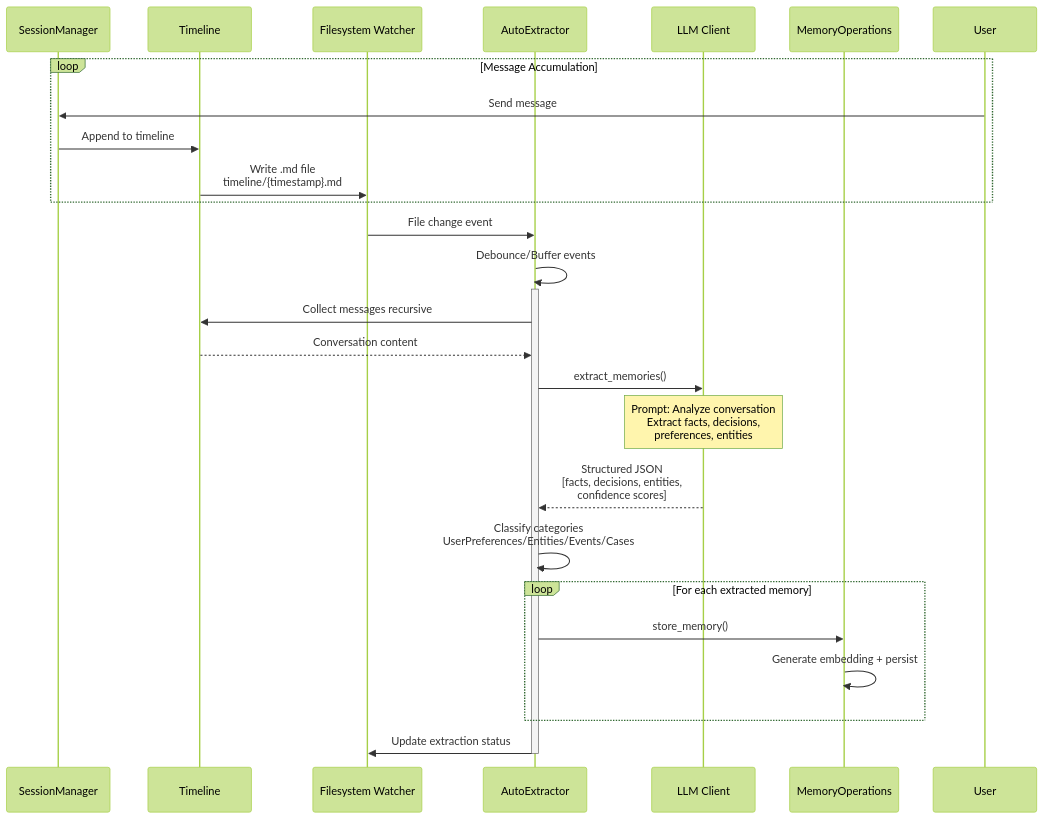
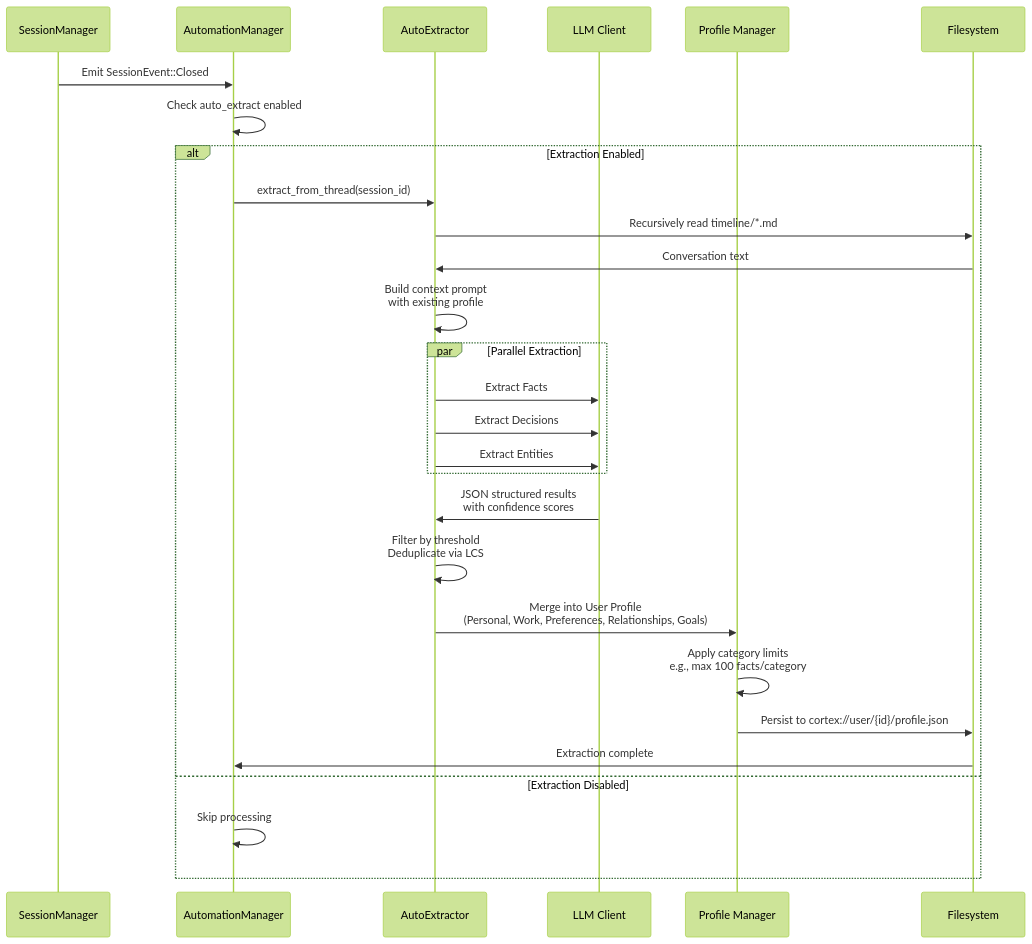
The fifth of 9 diagrams in litho.docs/en/3.Workflow.md (sopaco/cortex-mem), drawn with Mermaid (forest theme) before and after one commit. The commit also changed other lines of this file and 45 other files, not shown here.

````diff
--- a/litho.docs/en/3.Workflow.md
+++ b/litho.docs/en/3.Workflow.md
@@ -143,36 +262,39 @@
 ```mermaid
 sequenceDiagram
-    participant SM as SessionManager
-    participant TL as Timeline
-    participant FS as Filesystem Watcher
-    participant AE as AutoExtractor
+    participant Session as SessionManager
+    participant AutoMgr as AutomationManager
+    participant Extractor as AutoExtractor
     participant LLM as LLM Client
-    participant MO as MemoryOperations
+    participant Profile as Profile Manager
+    participant FS as Filesystem
     
-    loop Message Accumulation
-        User->>SM: Send message
-        SM->>TL: Append to timeline
-        TL->>FS: Write .md file<br/>timeline/{timestamp}.md
+    Session->>AutoMgr: Emit SessionEvent::Closed
+    AutoMgr->>AutoMgr: Check auto_extract enabled
+    
+    alt Extraction Enabled
+        AutoMgr->>Extractor: extract_from_thread(session_id)
+        Extractor->>FS: Recursively read timeline/*.md
+        FS->>Extractor: Conversation text
+        
+        Extractor->>Extractor: Build context prompt<br/>with existing profile
+        
+        par Parallel Extraction
+            Extractor->>LLM: Extract Facts
+            Extractor->>LLM: Extract Decisions
+            Extractor->>LLM: Extract Entities
+        end
+        
+        LLM->>Extractor: JSON structured results<br/>with confidence scores
+        
+        Extractor->>Extractor: Filter by threshold<br/>Deduplicate via LCS
+        
+        Extractor->>Profile: Merge into User Profile<br/>(Personal, Work, Preferences, Relationships, Goals)
+        
+        Profile->>Profile: Apply category limits<br/>e.g., max 100 facts/category
+        
+        Profile->>FS: Persist to cortex://user/{id}/profile.json
+        FS->>AutoMgr: Extraction complete
+    else Extraction Disabled
+        AutoMgr->>AutoMgr: Skip processing
     end
-    
-    FS->>AE: File change event
-    AE->>AE: Debounce/Buffer events
-    
-    activate AE
-    AE->>TL: Collect messages recursive
-    TL-->>AE: Conversation content
-    
-    AE->>LLM: extract_memories()
-    Note over LLM: Prompt: Analyze conversation<br/>Extract facts, decisions,<br/>preferences, entities
-    LLM-->>AE: Structured JSON<br/>[facts, decisions, entities,<br/>confidence scores]
-    
-    AE->>AE: Classify categories<br/>UserPreferences/Entities/Events/Cases
-    
-    loop For each extracted memory
-        AE->>MO: store_memory()
-        MO->>MO: Generate embedding + persist
-    end
-    
-    AE->>FS: Update extraction status
-    deactivate AE
 ```
````
